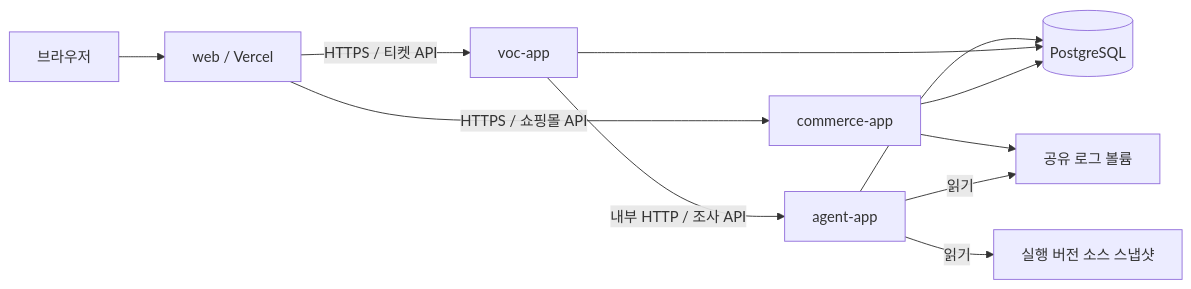
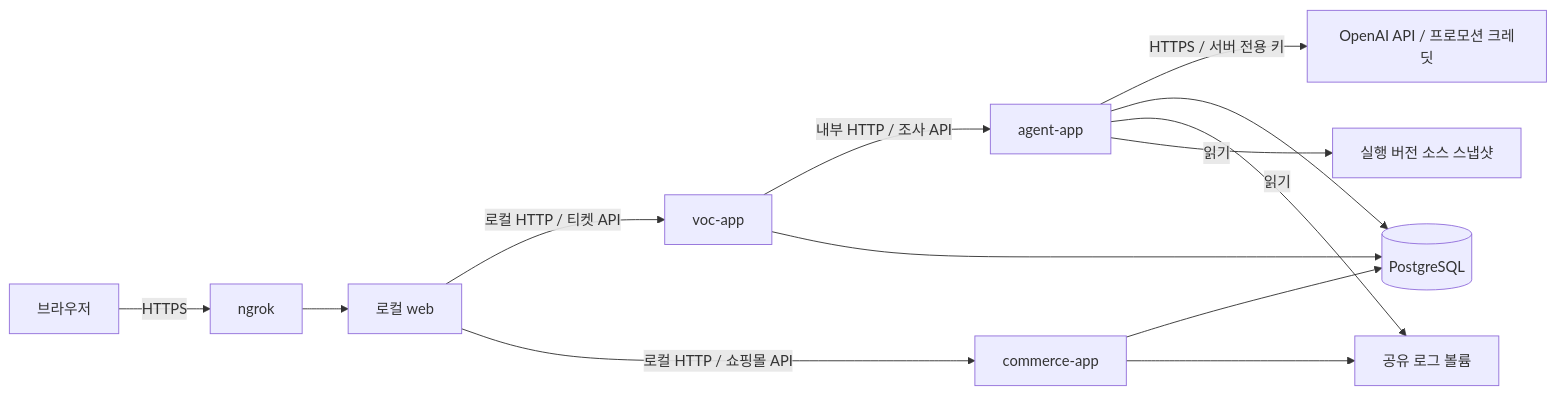
One commit to sanghyo-lab/jdd changed the second of 2 diagrams in docs/frontend-deployment.md. Above: the diagram before and after it, drawn with Mermaid. The commit also changed other lines of this file and 15 other files, not shown here.

````diff
--- a/docs/frontend-deployment.md
+++ b/docs/frontend-deployment.md
@@ -124,13 +124,15 @@
 ```mermaid
 flowchart LR
-    Browser[브라우저] --> Web[web / Vercel]
-    Web -->|HTTPS / 티켓 API| VOC[voc-app]
+    Browser[브라우저] -->|HTTPS| Tunnel[ngrok]
+    Tunnel --> Web[로컬 web]
+    Web -->|로컬 HTTP / 티켓 API| VOC[voc-app]
     VOC -->|내부 HTTP / 조사 API| Agent[agent-app]
-    Web -->|HTTPS / 쇼핑몰 API| Commerce[commerce-app]
+    Web -->|로컬 HTTP / 쇼핑몰 API| Commerce[commerce-app]
+    Agent -->|HTTPS / 서버 전용 키| LLM[OpenAI API / 프로모션 크레딧]
     Agent --> DB[(PostgreSQL)]
     VOC --> DB
     Commerce --> DB
     Commerce --> Logs[공유 로그 볼륨]
     Agent -->|읽기| Logs
     Agent -->|읽기| Source[실행 버전 소스 스냅샷]
 ```
````
